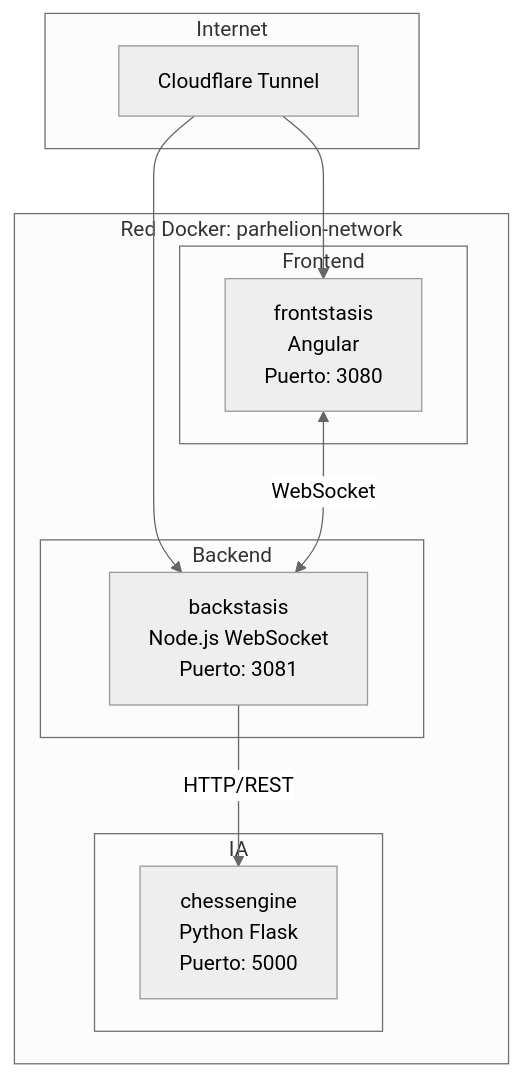
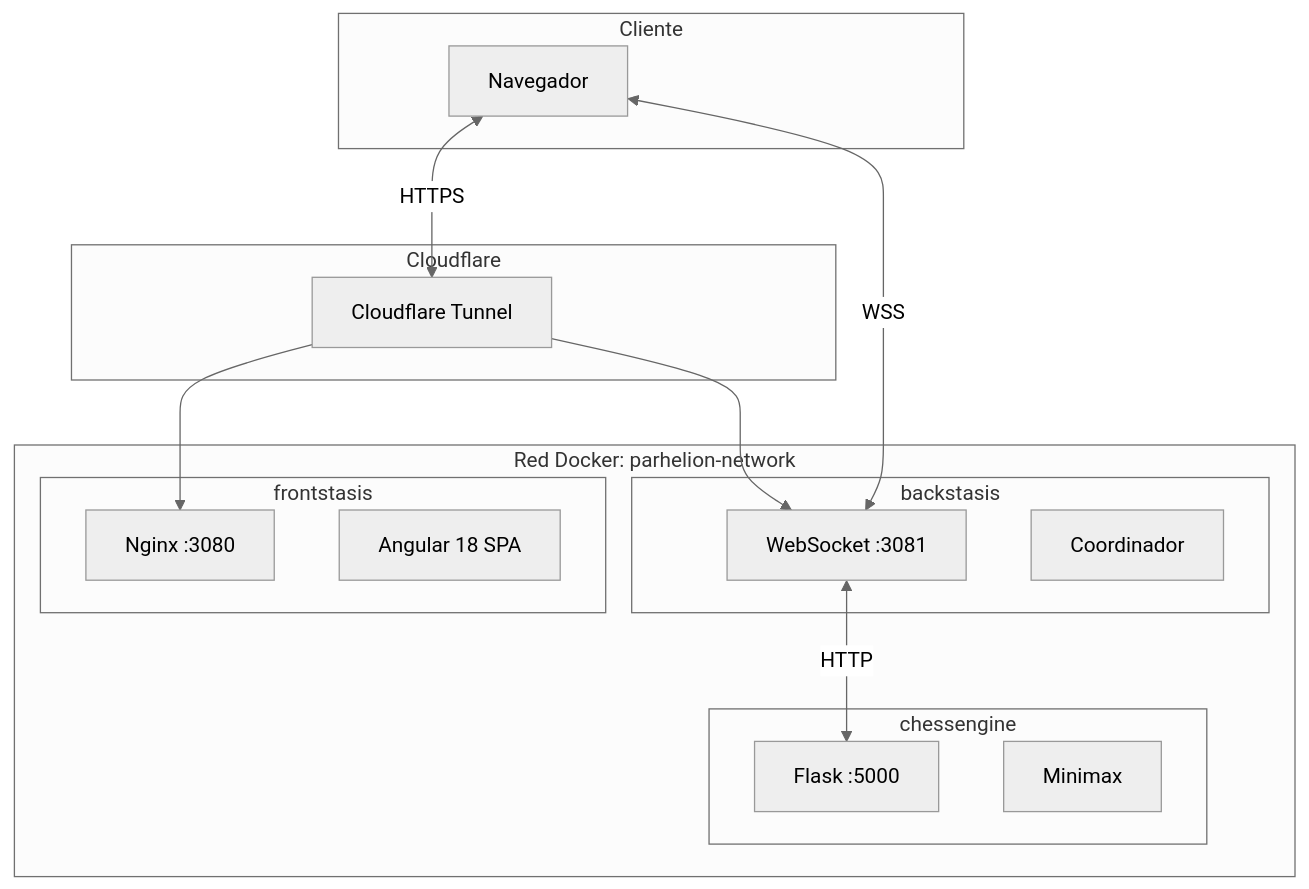
One commit to MetaCodeX/MacroStasis changed the first of 3 diagrams in README.md. Above: the diagram before and after it, drawn with Mermaid (neutral theme). The commit also changed other lines of this file, not shown here.

````diff
--- a/README.md
+++ b/README.md
@@ -69,25 +280,33 @@
 ```mermaid
 flowchart TB
-    subgraph Internet
+    subgraph Cliente
+        Browser[Navegador]
+    end
+
+    subgraph Cloudflare
         CF[Cloudflare Tunnel]
     end
 
     subgraph Docker["Red Docker: parhelion-network"]
-        subgraph Frontend
-            FS[frontstasis<br/>Angular<br/>Puerto: 3080]
+        subgraph Frontend["frontstasis"]
+            NG[Nginx :3080]
+            APP[Angular 18 SPA]
         end
 
-        subgraph Backend
-            BS[backstasis<br/>Node.js WebSocket<br/>Puerto: 3081]
+        subgraph Backend["backstasis"]
+            WS[WebSocket :3081]
+            Game[Coordinador]
         end
 
-        subgraph IA
-            CE[chessengine<br/>Python Flask<br/>Puerto: 5000]
+        subgraph IA["chessengine"]
+            Flask[Flask :5000]
+            AI[Minimax]
         end
     end
 
-    CF --> FS
-    CF --> BS
-    FS <-->|WebSocket| BS
-    BS -->|HTTP/REST| CE
+    Browser <-->|HTTPS| CF
+    CF --> NG
+    CF --> WS
+    Browser <-->|WSS| WS
+    WS <-->|HTTP| Flask
 ```
````
